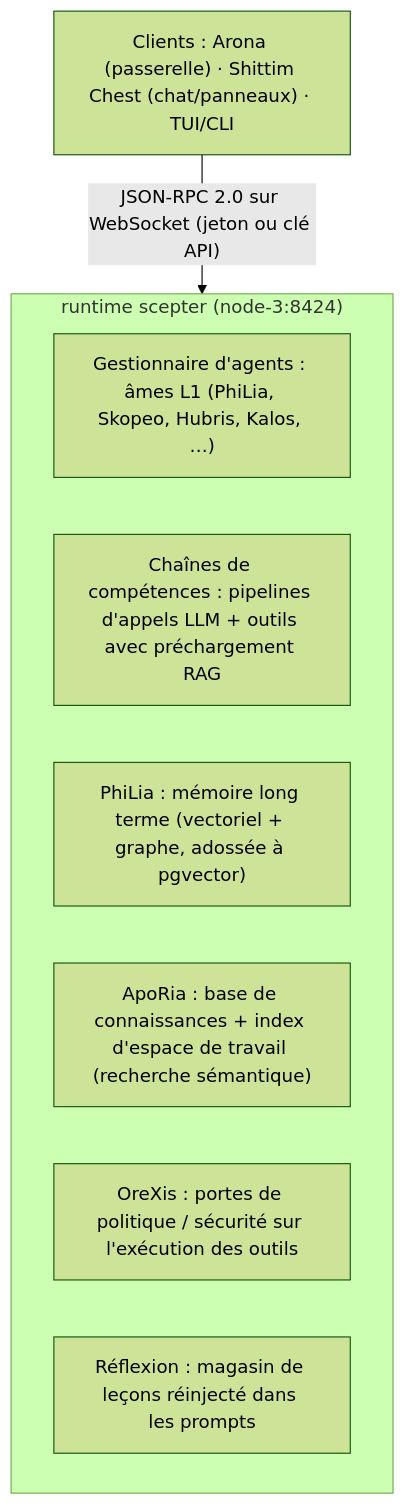
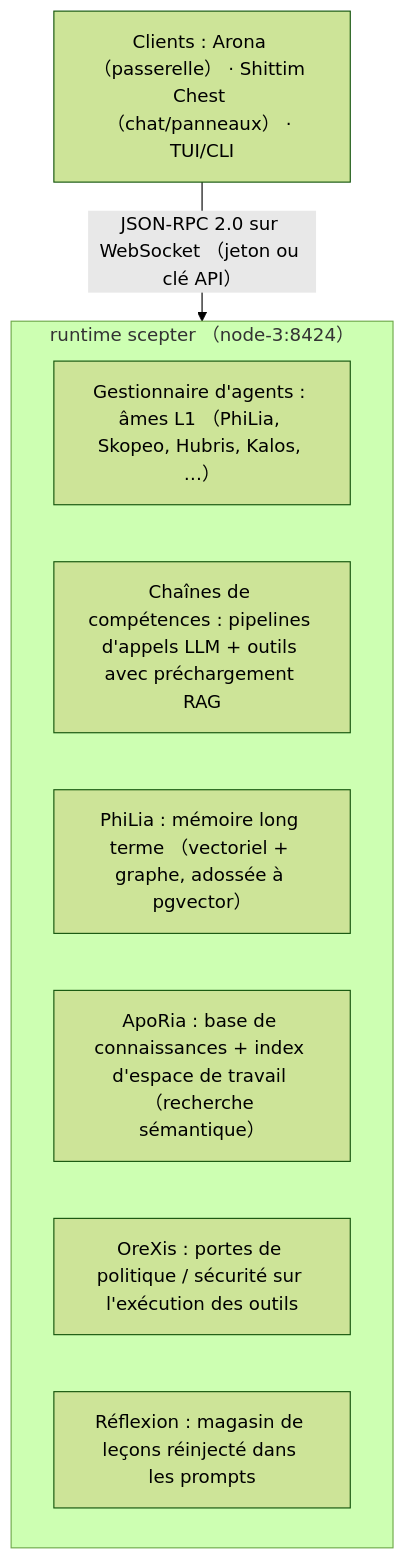
One commit to celestia-island/docs.celestia.world changed the diagram in docs/fr/platforms/entelecheia.md. Above: the diagram before and after it, drawn with Mermaid (forest theme). The commit also changed 35 other files, not shown here.

First line of the commit message:
📝 Convert ASCII parentheses in mermaid fences to fullwidth across languages. (#96)

````diff
--- a/docs/fr/platforms/entelecheia.md
+++ b/docs/fr/platforms/entelecheia.md
@@ -12,13 +12,13 @@
 ```mermaid
 flowchart TD
-    C["Clients : Arona (passerelle) · Shittim Chest (chat/panneaux) · TUI/CLI"]
-    subgraph G["runtime scepter (node-3:8424)"]
-        N0["Gestionnaire d'agents : âmes L1 (PhiLia, Skopeo, Hubris, Kalos, …)"]
+    C["Clients : Arona （passerelle） · Shittim Chest （chat/panneaux） · TUI/CLI"]
+    subgraph G["runtime scepter （node-3:8424）"]
+        N0["Gestionnaire d'agents : âmes L1 （PhiLia, Skopeo, Hubris, Kalos, …）"]
         N1["Chaînes de compétences : pipelines d'appels LLM + outils avec préchargement RAG"]
-        N2["PhiLia : mémoire long terme (vectoriel + graphe, adossée à pgvector)"]
-        N3["ApoRia : base de connaissances + index d'espace de travail (recherche sémantique)"]
+        N2["PhiLia : mémoire long terme （vectoriel + graphe, adossée à pgvector）"]
+        N3["ApoRia : base de connaissances + index d'espace de travail （recherche sémantique）"]
         N4["OreXis : portes de politique / sécurité sur l'exécution des outils"]
         N5["Réflexion : magasin de leçons réinjecté dans les prompts"]
     end
-    C -->|"JSON-RPC 2.0 sur WebSocket (jeton ou clé API)"| G
+    C -->|"JSON-RPC 2.0 sur WebSocket （jeton ou clé API）"| G
 ```
````
